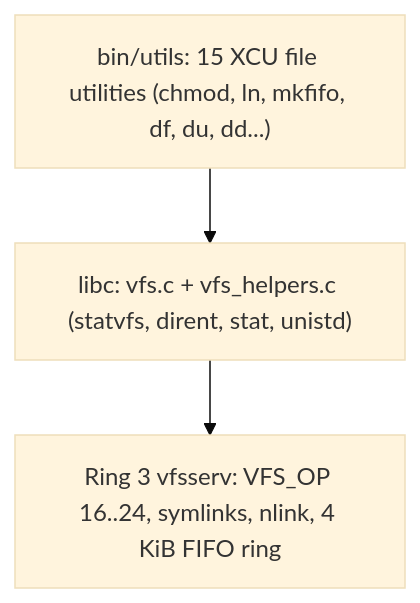
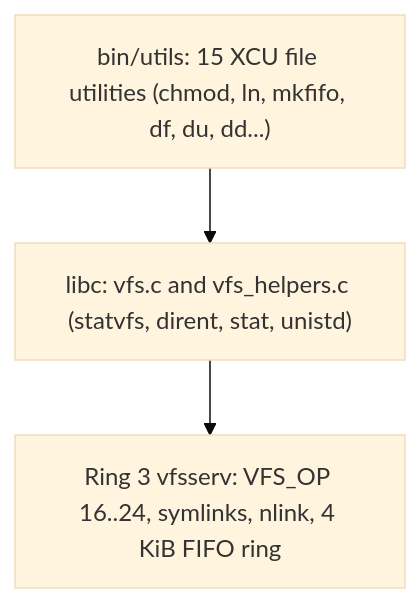
Before and after one commit to Deniz-Eren/microkernel: the diagram in docs/30-architecture/adr/ADR_0030.md, drawn with Mermaid (base theme). The commit also changed other lines of this file and 151 other files, not shown here.

````diff
--- a/docs/30-architecture/adr/ADR_0030.md
+++ b/docs/30-architecture/adr/ADR_0030.md
@@ -22,9 +22,9 @@
 ```mermaid
 flowchart TD
     UTILS["bin/utils: 15 XCU file utilities (chmod, ln, mkfifo, df, du, dd...)"]
-    LIBC["libc: vfs.c + vfs_helpers.c (statvfs, dirent, stat, unistd)"]
+    LIBC["libc: vfs.c and vfs_helpers.c (statvfs, dirent, stat, unistd)"]
     VFS["Ring 3 vfsserv: VFS_OP 16..24, symlinks, nlink, 4 KiB FIFO ring"]
 
     UTILS --> LIBC
     LIBC --> VFS
 ```
````
